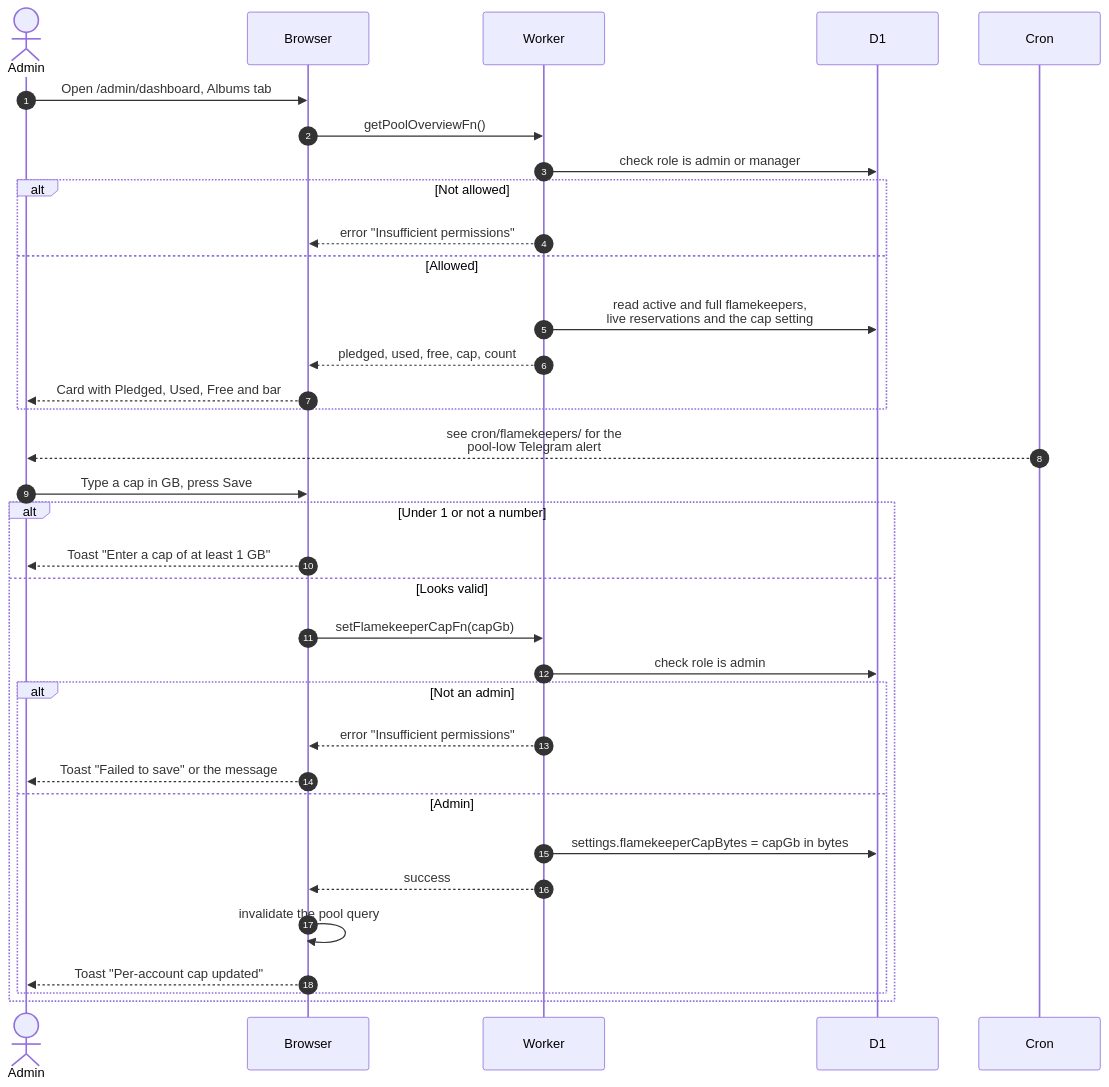
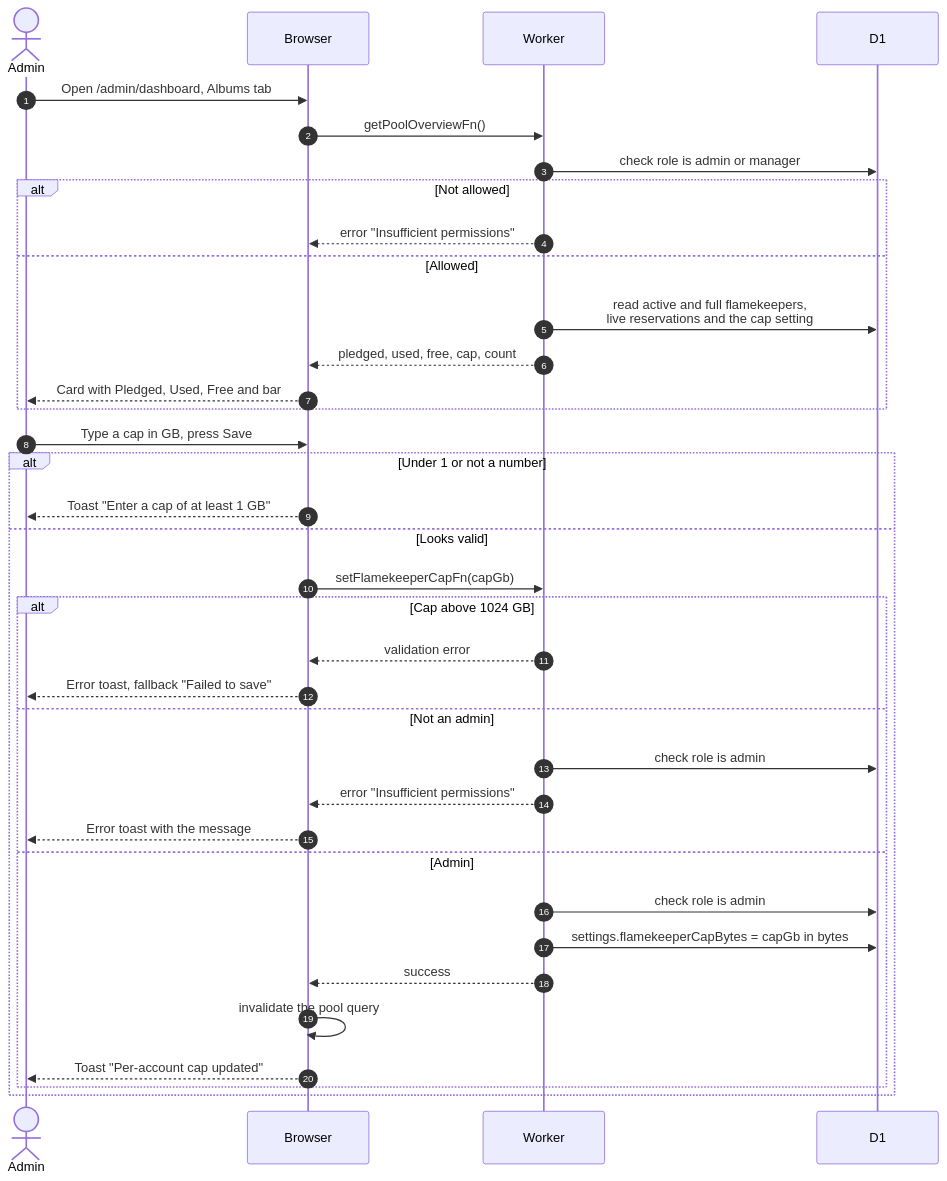
One commit to sagyzdop/meriksirat changed the diagram in docs/scenarios/flamekeepers/admin-pool.md. Above: the diagram before and after it, drawn with Mermaid. The commit also changed other lines of this file and 12 other files, not shown here.

Commit message:
docs(scenarios): verify flamekeepers diagrams against the code

````diff
--- a/docs/scenarios/flamekeepers/admin-pool.md
+++ b/docs/scenarios/flamekeepers/admin-pool.md
@@ -20,36 +22,38 @@
 ```mermaid
 sequenceDiagram
     autonumber
     actor A as Admin
     participant Browser
     participant Worker
     participant D1
-    participant Cron
     A->>Browser: Open /admin/dashboard, Albums tab
     Browser->>Worker: getPoolOverviewFn()
     Worker->>D1: check role is admin or manager
     alt Not allowed
         Worker-->>Browser: error "Insufficient permissions"
     else Allowed
         Worker->>D1: read active and full flamekeepers,<br/>live reservations and the cap setting
         Worker-->>Browser: pledged, used, free, cap, count
         Browser-->>A: Card with Pledged, Used, Free and bar
     end
-    Cron-->>A: see cron/flamekeepers/ for the<br/>pool-low Telegram alert
     A->>Browser: Type a cap in GB, press Save
     alt Under 1 or not a number
         Browser-->>A: Toast "Enter a cap of at least 1 GB"
     else Looks valid
         Browser->>Worker: setFlamekeeperCapFn(capGb)
-        Worker->>D1: check role is admin
-        alt Not an admin
+        alt Cap above 1024 GB
+            Worker-->>Browser: validation error
+            Browser-->>A: Error toast, fallback "Failed to save"
+        else Not an admin
+            Worker->>D1: check role is admin
             Worker-->>Browser: error "Insufficient permissions"
-            Browser-->>A: Toast "Failed to save" or the message
+            Browser-->>A: Error toast with the message
         else Admin
+            Worker->>D1: check role is admin
             Worker->>D1: settings.flamekeeperCapBytes = capGb in bytes
             Worker-->>Browser: success
             Browser->>Browser: invalidate the pool query
             Browser-->>A: Toast "Per-account cap updated"
         end
     end
 ```
````
